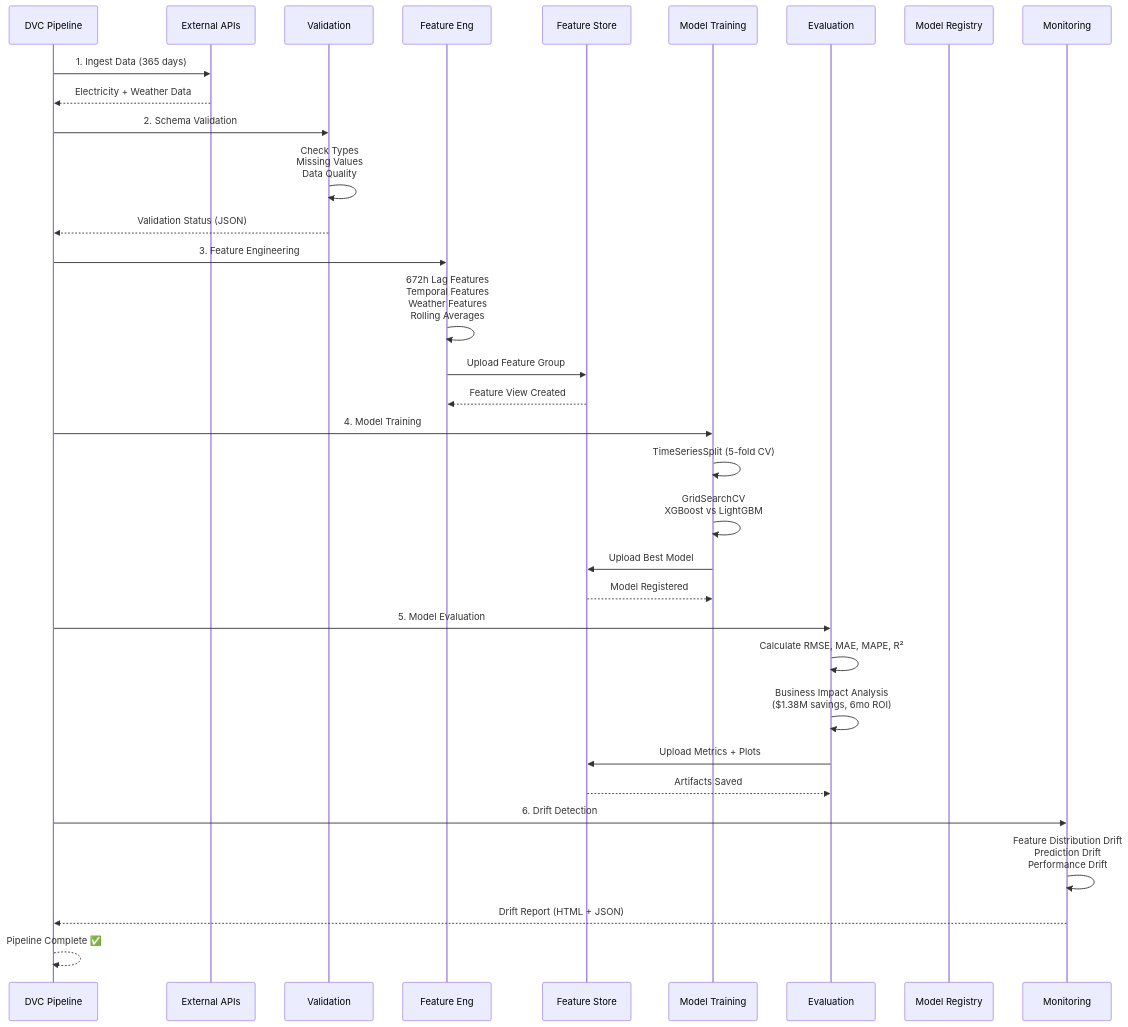
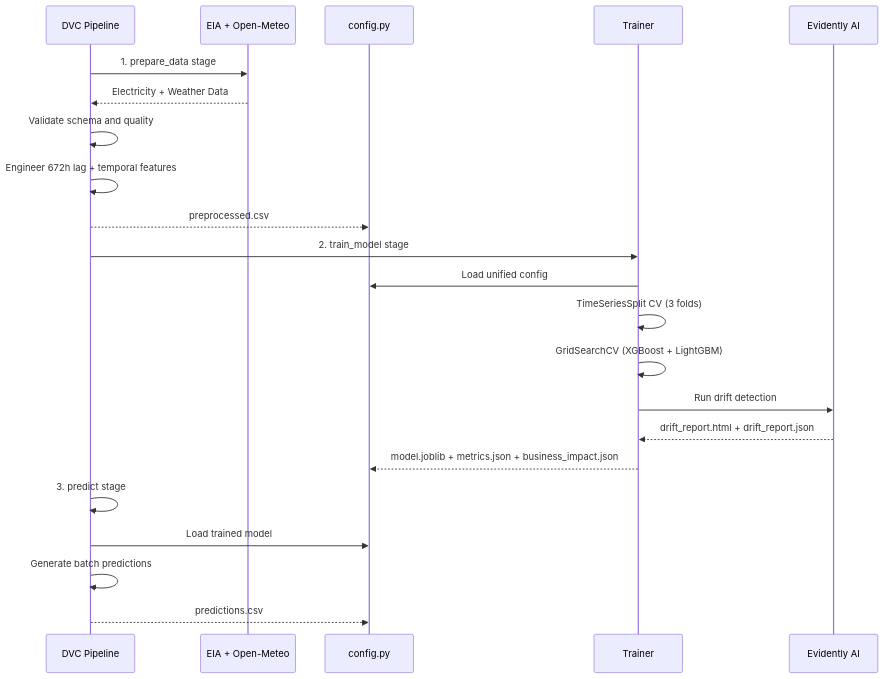
The second of 3 diagrams in README.md (JavithNaseem-J/WattPredictor), drawn with Mermaid before and after one commit. The commit also changed other lines of this file and 45 other files, not shown here.

````diff
--- a/README.md
+++ b/README.md
@@ -138,42 +124,27 @@
 ```mermaid
 sequenceDiagram
     participant DVC as DVC Pipeline
-    participant APIs as External APIs
-    participant Validate as Validation
-    participant Feature as Feature Eng
-    participant Hopsworks as Feature Store
-    participant Train as Model Training
-    participant Eval as Evaluation
-    participant Registry as Model Registry
-    participant Monitor as Monitoring
+    participant APIs as EIA + Open-Meteo
+    participant Config as config.py
+    participant Train as Trainer
+    participant Evidently as Evidently AI
 
-    DVC->>APIs: 1. Ingest Data (365 days)
+    DVC->>APIs: 1. prepare_data stage
     APIs-->>DVC: Electricity + Weather Data
-    
-    DVC->>Validate: 2. Schema Validation
-    Validate->>Validate: Check Types<br/>Missing Values<br/>Data Quality
-    Validate-->>DVC: Validation Status (JSON)
-    
-    DVC->>Feature: 3. Feature Engineering
-    Feature->>Feature: 672h Lag Features<br/>Temporal Features<br/>Weather Features<br/>Rolling Averages
-    Feature->>Hopsworks: Upload Feature Group
-    Hopsworks-->>Feature: Feature View Created
-    
-    DVC->>Train: 4. Model Training
-    Train->>Train: TimeSeriesSplit (5-fold CV)
-    Train->>Train: GridSearchCV<br/>XGBoost vs LightGBM
-    Train->>Hopsworks: Upload Best Model
-    Hopsworks-->>Train: Model Registered
-    
-    DVC->>Eval: 5. Model Evaluation
-    Eval->>Eval: Calculate RMSE, MAE, MAPE, R²
-    Eval->>Eval: Business Impact Analysis<br/>($1.38M savings, 6mo ROI)
-    Eval->>Hopsworks: Upload Metrics + Plots
-    Hopsworks-->>Eval: Artifacts Saved
-    
-    DVC->>Monitor: 6. Drift Detection
-    Monitor->>Monitor: Feature Distribution Drift<br/>Prediction Drift<br/>Performance Drift
-    Monitor-->>DVC: Drift Report (HTML + JSON)
-    
-    DVC-->>DVC: Pipeline Complete ✅
+    DVC->>DVC: Validate schema and quality
+    DVC->>DVC: Engineer 672h lag + temporal features
+    DVC-->>Config: preprocessed.csv
+
+    DVC->>Train: 2. train_model stage
+    Train->>Config: Load unified config
+    Train->>Train: TimeSeriesSplit CV (3 folds)
+    Train->>Train: GridSearchCV (XGBoost + LightGBM)
+    Train->>Evidently: Run drift detection
+    Evidently-->>Train: drift_report.html + drift_report.json
+    Train-->>Config: model.joblib + metrics.json + business_impact.json
+
+    DVC->>DVC: 3. predict stage
+    DVC->>Config: Load trained model
+    DVC->>DVC: Generate batch predictions
+    DVC-->>Config: predictions.csv
 ```
````
